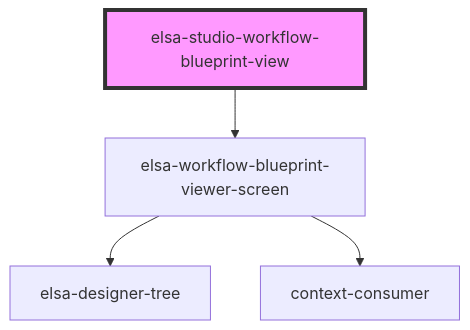
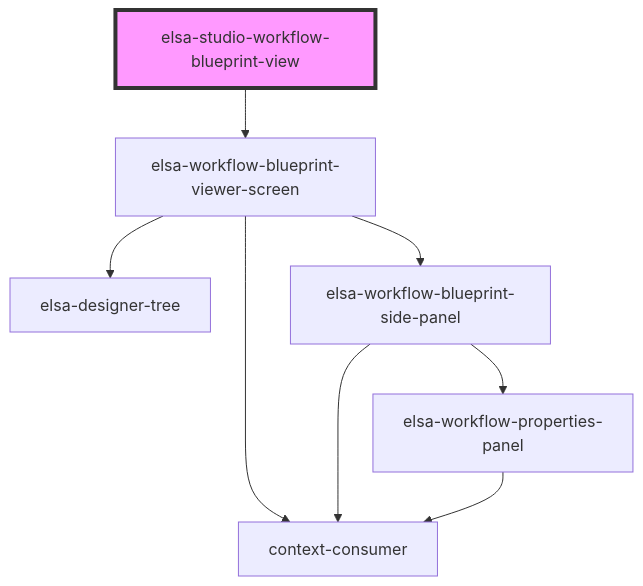
One commit to elsa-workflows/elsa-core changed the diagram in src/designer/elsa-workflows-studio/src/components/dashboard/pages/elsa-studio-workflow-blueprint-view/readme.md. Above: the diagram before and after it, drawn with Mermaid. The commit also changed 5 other files, not shown here.

````diff
--- a/src/designer/elsa-workflows-studio/src/components/dashboard/pages/elsa-studio-workflow-blueprint-view/readme.md
+++ b/src/designer/elsa-workflows-studio/src/components/dashboard/pages/elsa-studio-workflow-blueprint-view/readme.md
@@ -22,7 +22,11 @@
 ```mermaid
 graph TD;
   elsa-studio-workflow-blueprint-view --> elsa-workflow-blueprint-viewer-screen
   elsa-workflow-blueprint-viewer-screen --> elsa-designer-tree
+  elsa-workflow-blueprint-viewer-screen --> elsa-workflow-blueprint-side-panel
   elsa-workflow-blueprint-viewer-screen --> context-consumer
+  elsa-workflow-blueprint-side-panel --> elsa-workflow-properties-panel
+  elsa-workflow-blueprint-side-panel --> context-consumer
+  elsa-workflow-properties-panel --> context-consumer
   style elsa-studio-workflow-blueprint-view fill:#f9f,stroke:#333,stroke-width:4px
 ```
````
